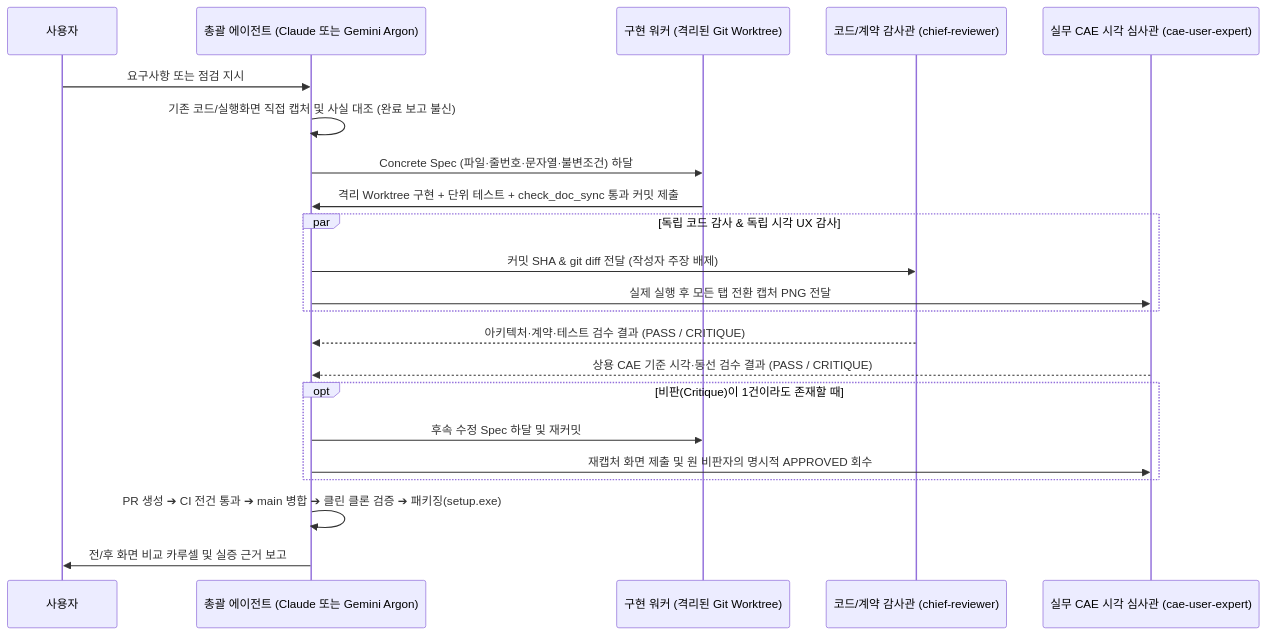
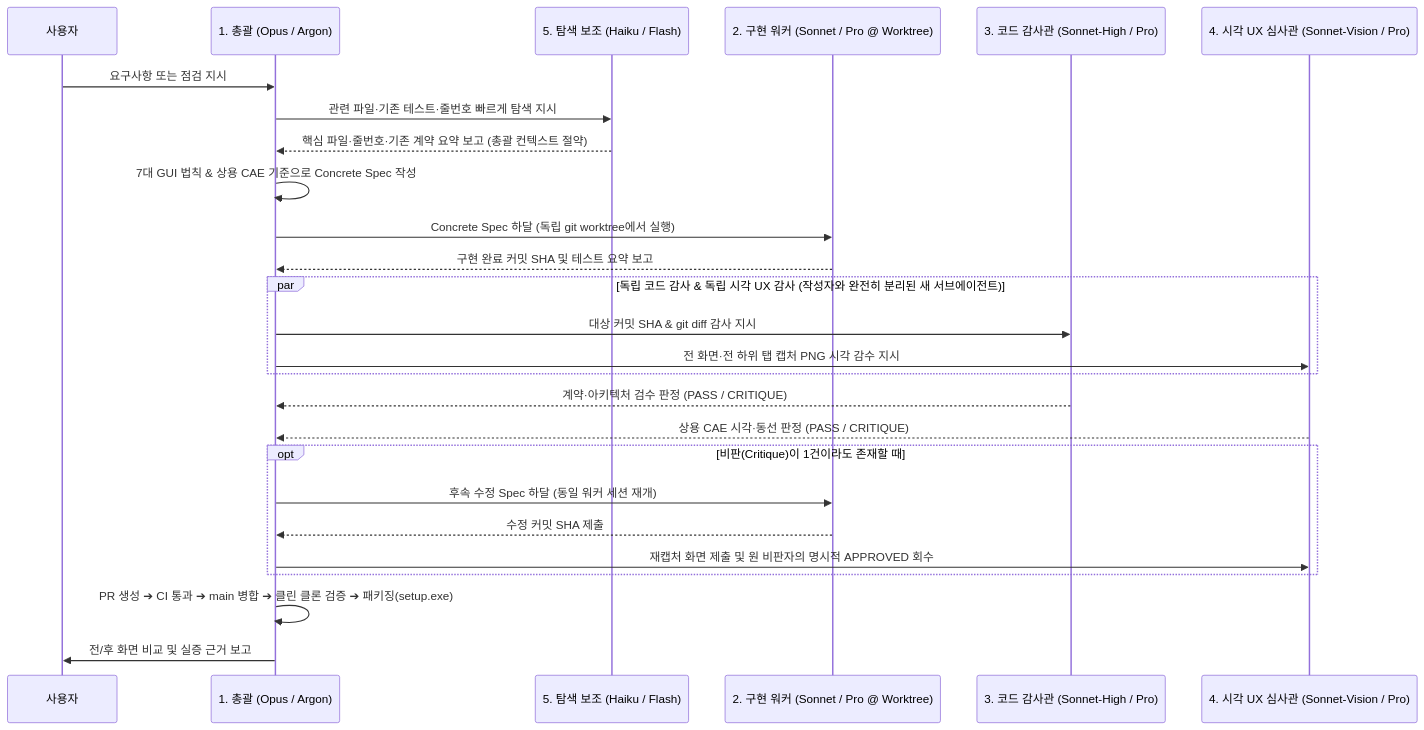
One commit to pikachu444/caelab-prep changed the second of 2 diagrams in docs/GEMINI_LEAD_METHODOLOGY.md. Above: the diagram before and after it, drawn with Mermaid. The commit also changed other lines of this file, not shown here.

Commit message:
docs: generalize model-tier/reasoning orchestration and frame Gemini+Codex as example

````diff
--- a/docs/GEMINI_LEAD_METHODOLOGY.md
+++ b/docs/GEMINI_LEAD_METHODOLOGY.md
@@ -97,25 +111,29 @@
 ```mermaid
 sequenceDiagram
     participant User as 사용자
-    participant Lead as 총괄 에이전트 (Claude 또는 Gemini Argon)
-    participant Worker as 구현 워커 (격리된 Git Worktree)
-    participant CodeQA as 코드/계약 감사관 (chief-reviewer)
-    participant VisualQA as 실무 CAE 시각 심사관 (cae-user-expert)
+    participant Lead as 1. 총괄 (Opus / Argon)
+    participant Aux as 5. 탐색 보조 (Haiku / Flash)
+    participant Worker as 2. 구현 워커 (Sonnet / Pro @ Worktree)
+    participant CodeQA as 3. 코드 감사관 (Sonnet-High / Pro)
+    participant VisualQA as 4. 시각 UX 심사관 (Sonnet-Vision / Pro)
 
     User->>Lead: 요구사항 또는 점검 지시
-    Lead->>Lead: 기존 코드/실행화면 직접 캡처 및 사실 대조 (완료 보고 불신)
-    Lead->>Worker: Concrete Spec (파일·줄번호·문자열·불변조건) 하달
-    Worker->>Lead: 격리 Worktree 구현 + 단위 테스트 + check_doc_sync 통과 커밋 제출
-    par 독립 코드 감사 & 독립 시각 UX 감사
-        Lead->>CodeQA: 커밋 SHA & git diff 전달 (작성자 주장 배제)
-        Lead->>VisualQA: 실제 실행 후 모든 탭 전환 캡처 PNG 전달
+    Lead->>Aux: 관련 파일·기존 테스트·줄번호 빠르게 탐색 지시
+    Aux-->>Lead: 핵심 파일·줄번호·기존 계약 요약 보고 (총괄 컨텍스트 절약)
+    Lead->>Lead: 7대 GUI 법칙 & 상용 CAE 기준으로 Concrete Spec 작성
+    Lead->>Worker: Concrete Spec 하달 (독립 git worktree에서 실행)
+    Worker-->>Lead: 구현 완료 커밋 SHA 및 테스트 요약 보고
+    par 독립 코드 감사 & 독립 시각 UX 감사 (작성자와 완전히 분리된 새 서브에이전트)
+        Lead->>CodeQA: 대상 커밋 SHA & git diff 감사 지시
+        Lead->>VisualQA: 전 화면·전 하위 탭 캡처 PNG 시각 감수 지시
     end
-    CodeQA-->>Lead: 아키텍처·계약·테스트 검수 결과 (PASS / CRITIQUE)
-    VisualQA-->>Lead: 상용 CAE 기준 시각·동선 검수 결과 (PASS / CRITIQUE)
+    CodeQA-->>Lead: 계약·아키텍처 검수 판정 (PASS / CRITIQUE)
+    VisualQA-->>Lead: 상용 CAE 시각·동선 판정 (PASS / CRITIQUE)
     opt 비판(Critique)이 1건이라도 존재할 때
-        Lead->>Worker: 후속 수정 Spec 하달 및 재커밋
+        Lead->>Worker: 후속 수정 Spec 하달 (동일 워커 세션 재개)
+        Worker-->>Lead: 수정 커밋 SHA 제출
         Lead->>VisualQA: 재캡처 화면 제출 및 원 비판자의 명시적 APPROVED 회수
     end
-    Lead->>Lead: PR 생성 ➔ CI 전건 통과 ➔ main 병합 ➔ 클린 클론 검증 ➔ 패키징(setup.exe)
-    Lead->>User: 전/후 화면 비교 카루셀 및 실증 근거 보고
+    Lead->>Lead: PR 생성 ➔ CI 통과 ➔ main 병합 ➔ 클린 클론 검증 ➔ 패키징(setup.exe)
+    Lead->>User: 전/후 화면 비교 및 실증 근거 보고
 ```
````
